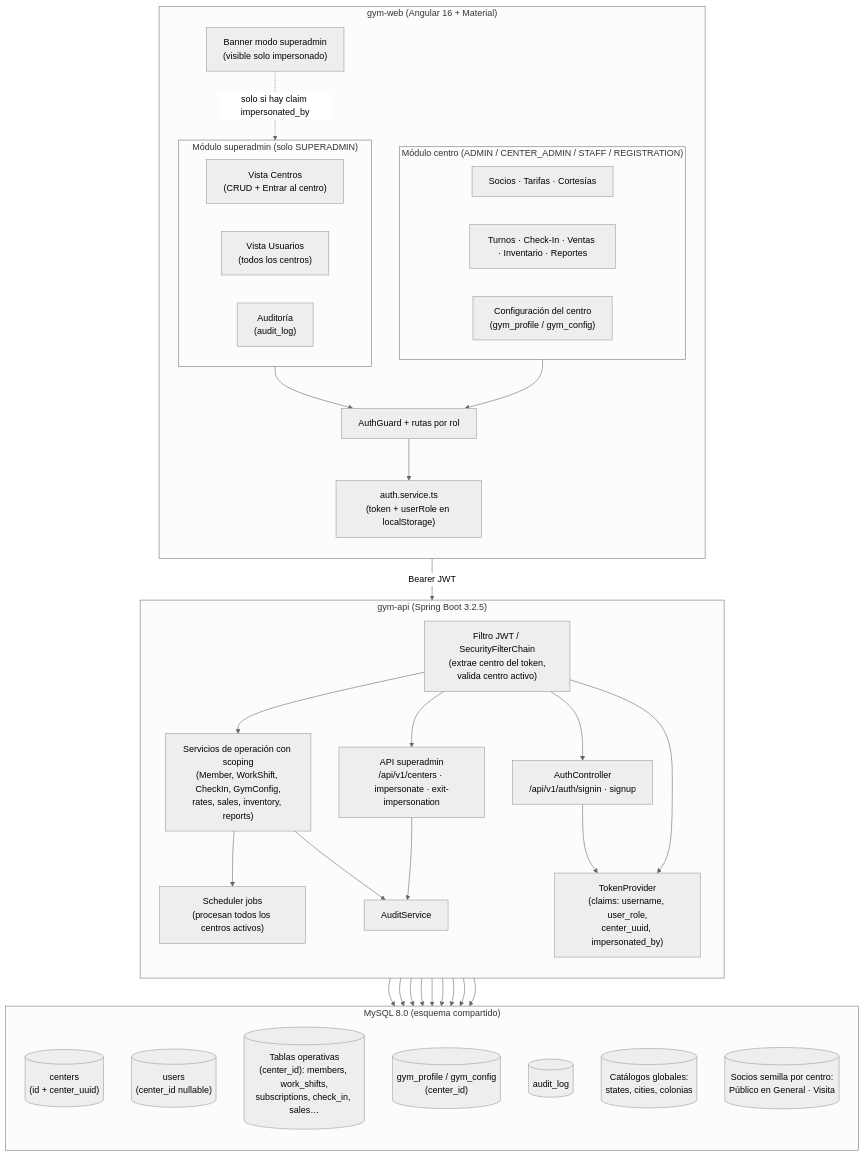
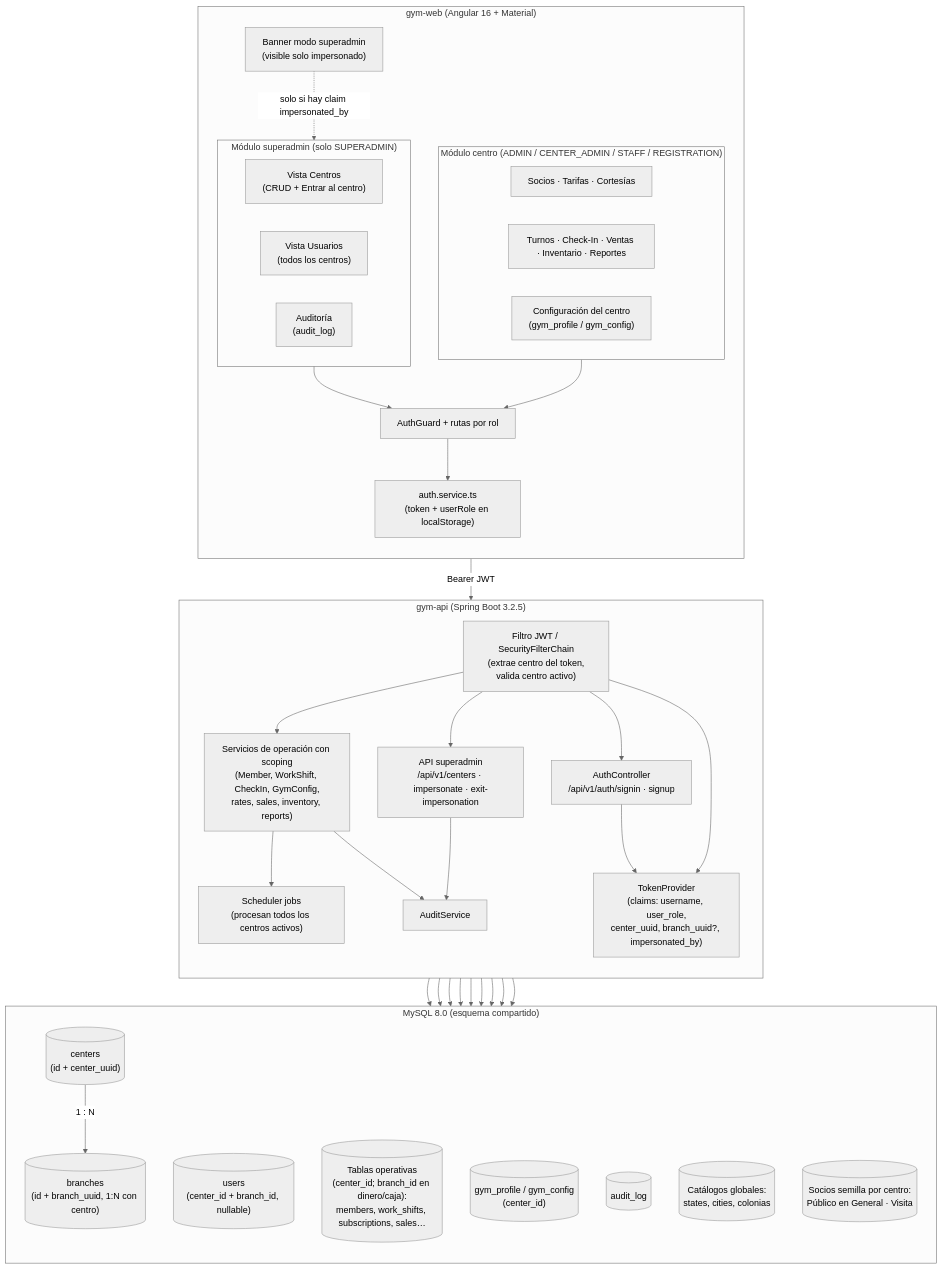
One commit to ItzelAbrego/gym-documentation changed the first of 5 diagrams in doc/diagramas.md. Above: the diagram before and after it, drawn with Mermaid (neutral theme). The commit also changed 14 other files, not shown here.

First line of the commit message:
Add branches (ADR-0010): 1:N centers-branches with isolated accounting

````diff
--- a/doc/diagramas.md
+++ b/doc/diagramas.md
@@ -7,64 +7,66 @@
 ```mermaid
 flowchart TB
     subgraph WEB["gym-web (Angular 16 + Material)"]
         direction TB
         subgraph WSA["Módulo superadmin (solo SUPERADMIN)"]
             VISTA_C["Vista Centros<br/>(CRUD + Entrar al centro)"]
             VISTA_U["Vista Usuarios<br/>(todos los centros)"]
             VISTA_A["Auditoría<br/>(audit_log)"]
         end
         subgraph WC["Módulo centro (ADMIN / CENTER_ADMIN / STAFF / REGISTRATION)"]
             VSOC["Socios · Tarifas · Cortesías"]
             VTUR["Turnos · Check-In · Ventas · Inventario · Reportes"]
             VCFG["Configuración del centro<br/>(gym_profile / gym_config)"]
         end
         BANNER["Banner modo superadmin<br/>(visible solo impersonado)"]
         AUTHS["auth.service.ts<br/>(token + userRole en localStorage)"]
         GUARD["AuthGuard + rutas por rol"]
     end
 
     subgraph API["gym-api (Spring Boot 3.2.5)"]
         direction TB
         AC["AuthController<br/>/api/v1/auth/signin · signup"]
-        TP["TokenProvider<br/>(claims: username, user_role,<br/>center_uuid, impersonated_by)"]
+        TP["TokenProvider<br/>(claims: username, user_role,<br/>center_uuid, branch_uuid?, impersonated_by)"]
         FILTER["Filtro JWT / SecurityFilterChain<br/>(extrae centro del token,<br/>valida centro activo)"]
         SAPI["API superadmin<br/>/api/v1/centers · impersonate · exit-impersonation"]
         SVC["Servicios de operación con scoping<br/>(Member, WorkShift, CheckIn, GymConfig,<br/>rates, sales, inventory, reports)"]
         AUD["AuditService"]
         JOB["Scheduler jobs<br/>(procesan todos los centros activos)"]
     end
 
     subgraph DB["MySQL 8.0 (esquema compartido)"]
         direction TB
         CENTERS[("centers<br/>(id + center_uuid)")]
-        USERS[("users<br/>(center_id nullable)")]
-        OPER[("Tablas operativas<br/>(center_id): members, work_shifts,<br/>subscriptions, check_in, sales…")]
+        BRANCHES[("branches<br/>(id + branch_uuid, 1:N con centro)")]
+        USERS[("users<br/>(center_id + branch_id, nullable)")]
+        OPER[("Tablas operativas<br/>(center_id; branch_id en dinero/caja):<br/>members, work_shifts, subscriptions, sales…")]
         CFG[("gym_profile / gym_config<br/>(center_id)")]
         AUDIT[("audit_log")]
         CAT[("Catálogos globales:<br/>states, cities, colonias")]
         SEED[("Socios semilla por centro:<br/>Público en General · Visita")]
     end
 
     WSA --> GUARD
     WC --> GUARD
     GUARD --> AUTHS
     AUTHS -- "Bearer JWT" --> FILTER
     FILTER --> AC
     FILTER --> SAPI
     FILTER --> SVC
     SVC --> JOB
     SAPI --> AUD
     SVC --> AUD
     AUD --> AUDIT
     FILTER --> TP
     AC --> TP
     SAPI --> CENTERS
+    CENTERS -- "1 : N" --> BRANCHES
     SAPI --> USERS
     SVC --> USERS
     SVC --> OPER
     SVC --> CFG
     SVC --> SEED
     SVC --> CAT
     AUD --> AUDIT
     BANNER -. "solo si hay claim impersonated_by" .-> WSA
 ```
````
